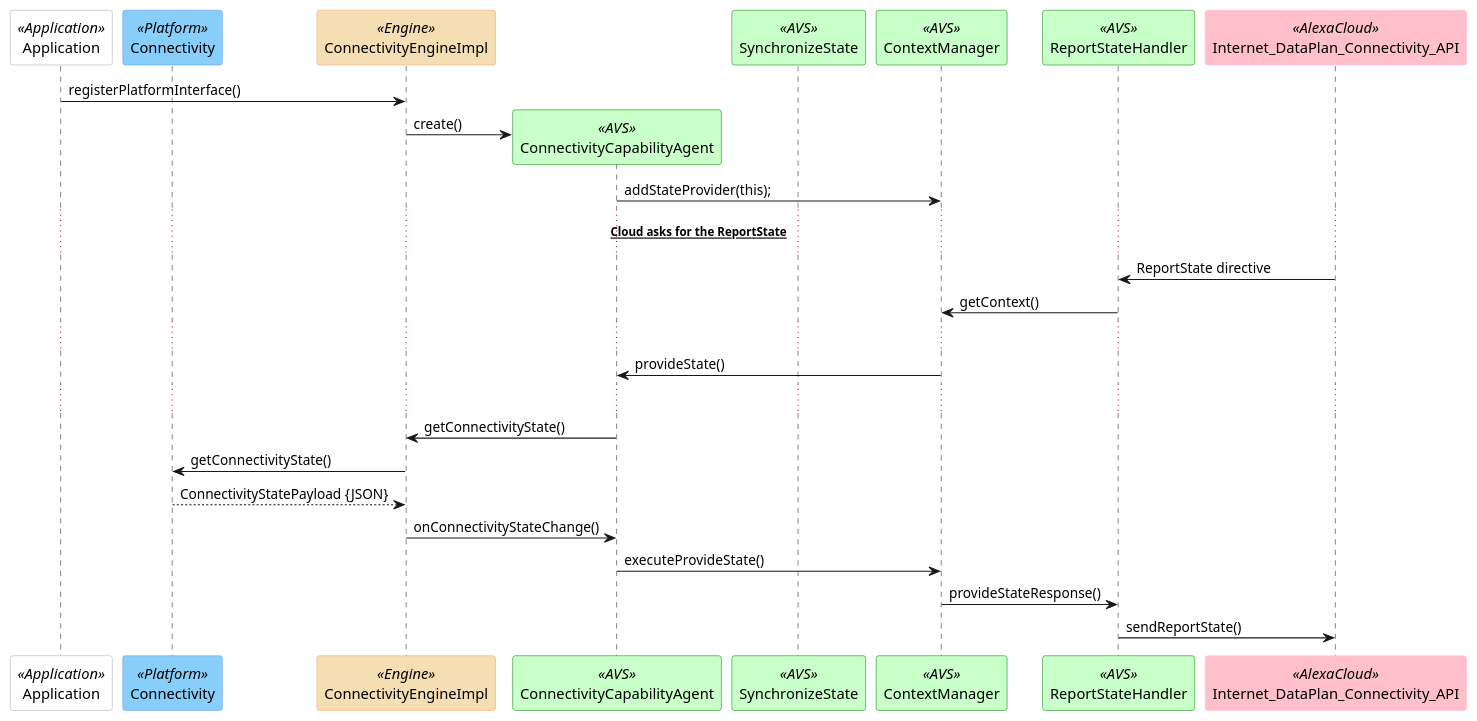
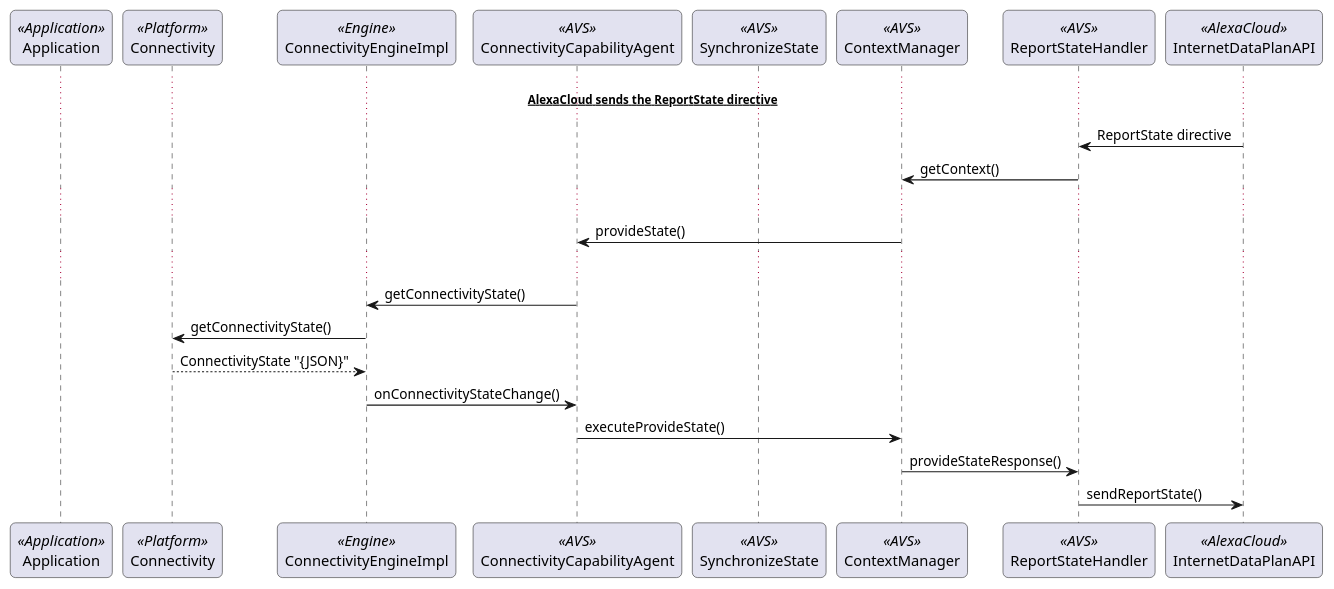
Before and after one commit to alexa/alexa-auto-sdk: the diagram in modules/connectivity/assets/Connectivity-Sequence-CloudAskReport.puml, drawn with PlantUML. The commit also changed 2020 other files, not shown here.

```diff
--- a/modules/connectivity/assets/Connectivity-Sequence-CloudAskReport.puml
+++ b/modules/connectivity/assets/Connectivity-Sequence-CloudAskReport.puml
@@ -1,46 +1,33 @@
 @startuml
 
-skinparam participant {
-	BackgroundColor White
-	ArrowColor Black
-	BorderColor DarkGray
-    BackgroundColor<<Engine>> Wheat
-	BorderColor<<Engine>> SandyBrown
-    BackgroundColor<<Platform>> LightSkyBlue
-	BorderColor<<Platform>> CornflowerBlue
-    BackgroundColor<<AVS>> TECHNOLOGY
-	BorderColor<<AVS>> Green
-	BorderColor<<AlexaCloud>> Pink
-	BackgroundColor<<AlexaCloud>> Pink
-}
+skinparam roundcorner 10
 
-participant Application <<Application>> order 20
-participant Connectivity <<Platform>> order 30
-participant ConnectivityEngineImpl <<Engine>> order 40
-participant ConnectivityCapabilityAgent <<AVS>> order 50
-participant SynchronizeState <<AVS>> order 60
-participant ContextManager <<AVS>> order 70
-participant ReportStateHandler <<AVS>> order 80
-participant Internet_DataPlan_Connectivity_API <<AlexaCloud>> order 90
+participant Application                 <<Application>> order 10
+participant Connectivity                <<Platform>>    order 20
+participant ConnectivityEngineImpl      <<Engine>>      order 30
+participant ConnectivityCapabilityAgent <<AVS>>         order 40
+participant SynchronizeState            <<AVS>>         order 50
+participant ContextManager              <<AVS>>         order 60
+participant ReportStateHandler          <<AVS>>         order 70
+participant InternetDataPlanAPI         <<AlexaCloud>>  order 80
 
-Application -> ConnectivityEngineImpl: registerPlatformInterface()
-ConnectivityEngineImpl-> ConnectivityCapabilityAgent**:  create()
-ConnectivityCapabilityAgent -> ContextManager : addStateProvider(this);
+... __**AlexaCloud sends the ReportState directive**__ ...
 
-... __**Cloud asks for the ReportState**__ ...
-ReportStateHandler <- Internet_DataPlan_Connectivity_API: ReportState directive 
-ReportStateHandler -> ContextManager : getContext()
+ReportStateHandler          <- InternetDataPlanAPI         : ReportState directive 
+ReportStateHandler          -> ContextManager              : getContext()
 
 ...
-ContextManager -> ConnectivityCapabilityAgent: provideState()
+
+ContextManager              -> ConnectivityCapabilityAgent : provideState()
 
 ...
-ConnectivityCapabilityAgent-> ConnectivityEngineImpl: getConnectivityState()
-ConnectivityEngineImpl-> Connectivity: getConnectivityState()
-Connectivity --> ConnectivityEngineImpl : ConnectivityStatePayload {JSON}
-ConnectivityEngineImpl -> ConnectivityCapabilityAgent: onConnectivityStateChange()
-ConnectivityCapabilityAgent -> ContextManager : executeProvideState()
-ContextManager -> ReportStateHandler : provideStateResponse()
-ReportStateHandler -> Internet_DataPlan_Connectivity_API : sendReportState()
+
+ConnectivityCapabilityAgent -> ConnectivityEngineImpl      : getConnectivityState()
+ConnectivityEngineImpl      -> Connectivity                : getConnectivityState()
+Connectivity               --> ConnectivityEngineImpl      : ConnectivityState "{JSON}"
+ConnectivityEngineImpl      -> ConnectivityCapabilityAgent : onConnectivityStateChange()
+ConnectivityCapabilityAgent -> ContextManager              : executeProvideState()
+ContextManager              -> ReportStateHandler          : provideStateResponse()
+ReportStateHandler          -> InternetDataPlanAPI         : sendReportState()
 
 @enduml
```
